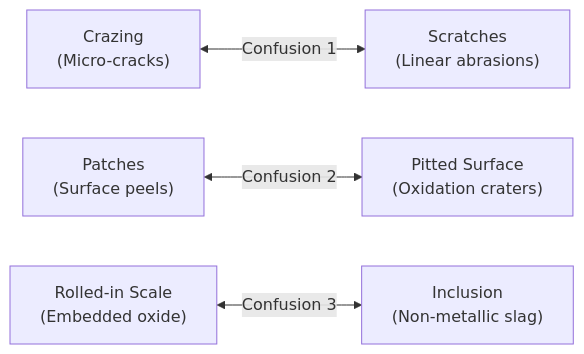
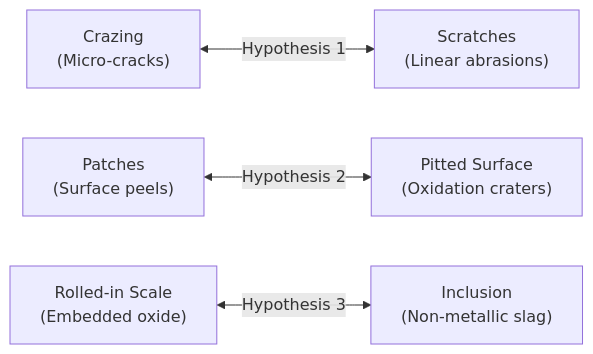
Before and after one commit to varista-07/Industrial-Surface-Defect-Inspection-Platform: the diagram in docs/ERROR_ANALYSIS.md, drawn with Mermaid. The commit also changed other lines of this file and 11 other files, not shown here.

````diff
--- a/docs/ERROR_ANALYSIS.md
+++ b/docs/ERROR_ANALYSIS.md
@@ -7,6 +7,6 @@
 ```mermaid
 flowchart LR
-    Crazing["Crazing<br/>(Micro-cracks)"] <-->|Confusion 1| Scratches["Scratches<br/>(Linear abrasions)"]
-    Patches["Patches<br/>(Surface peels)"] <-->|Confusion 2| Pitted["Pitted Surface<br/>(Oxidation craters)"]
-    RolledScale["Rolled-in Scale<br/>(Embedded oxide)"] <-->|Confusion 3| Inclusion["Inclusion<br/>(Non-metallic slag)"]
+    Crazing["Crazing<br/>(Micro-cracks)"] <-->|Hypothesis 1| Scratches["Scratches<br/>(Linear abrasions)"]
+    Patches["Patches<br/>(Surface peels)"] <-->|Hypothesis 2| Pitted["Pitted Surface<br/>(Oxidation craters)"]
+    RolledScale["Rolled-in Scale<br/>(Embedded oxide)"] <-->|Hypothesis 3| Inclusion["Inclusion<br/>(Non-metallic slag)"]
 ```
````
